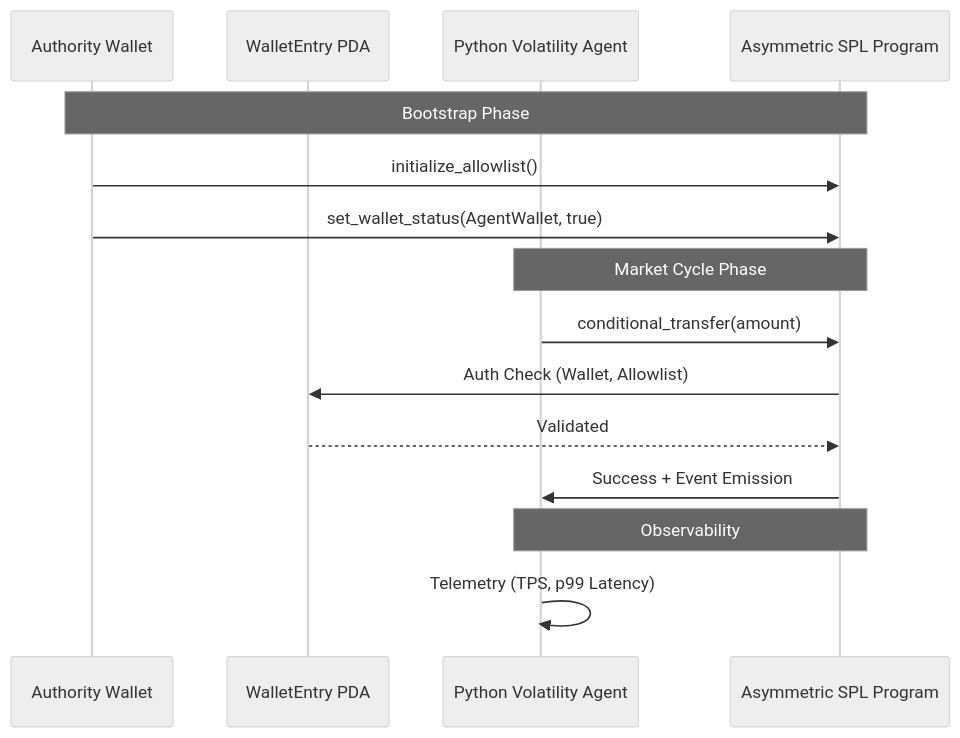
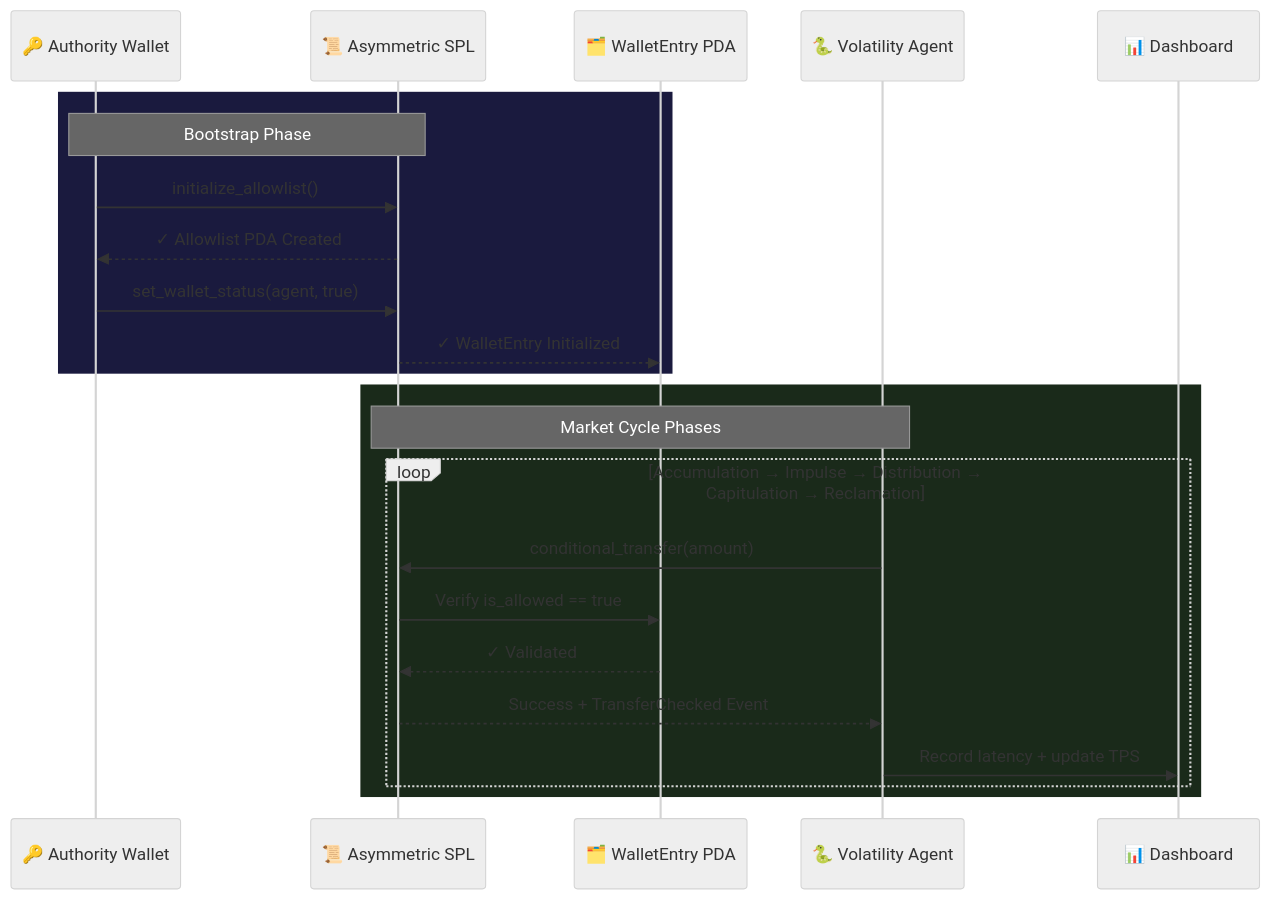
One commit to theoxfaber/solana-defi-sim changed the second of 2 diagrams in README.md. Above: the diagram before and after it, drawn with Mermaid (neutral theme). The commit also changed other lines of this file and 3 other files, not shown here.

````diff
--- a/README.md
+++ b/README.md
@@ -16,20 +126,27 @@
 ```mermaid
 sequenceDiagram
-    participant Authority as Authority Wallet
-    participant PDA as WalletEntry PDA
-    participant Agent as Python Volatility Agent
-    participant Program as Asymmetric SPL Program
+    participant Auth as 🔑 Authority Wallet
+    participant Prog as 📜 Asymmetric SPL
+    participant PDA as 🗂️ WalletEntry PDA
+    participant Agent as 🐍 Volatility Agent
+    participant Dash as 📊 Dashboard
 
-    Note over Authority, Program: Bootstrap Phase
-    Authority->>Program: initialize_allowlist()
-    Authority->>Program: set_wallet_status(AgentWallet, true)
-    
-    Note over Agent, Program: Market Cycle Phase
-    Agent->>Program: conditional_transfer(amount)
-    Program->>PDA: Auth Check (Wallet, Allowlist)
-    PDA-->>Program: Validated
-    Program->>Agent: Success + Event Emission
-    
-    Note over Agent, Program: Observability
-    Agent->>Agent: Telemetry (TPS, p99 Latency)
+    rect rgb(26, 26, 62)
+    Note over Auth, Prog: Bootstrap Phase
+    Auth->>Prog: initialize_allowlist()
+    Prog-->>Auth: ✓ Allowlist PDA Created
+    Auth->>Prog: set_wallet_status(agent, true)
+    Prog-->>PDA: ✓ WalletEntry Initialized
+    end
+
+    rect rgb(26, 42, 26)
+    Note over Agent, Prog: Market Cycle Phases
+    loop Accumulation → Impulse → Distribution → Capitulation → Reclamation
+        Agent->>Prog: conditional_transfer(amount)
+        Prog->>PDA: Verify is_allowed == true
+        PDA-->>Prog: ✓ Validated
+        Prog-->>Agent: Success + TransferChecked Event
+        Agent->>Dash: Record latency + update TPS
+    end
+    end
 ```
````
